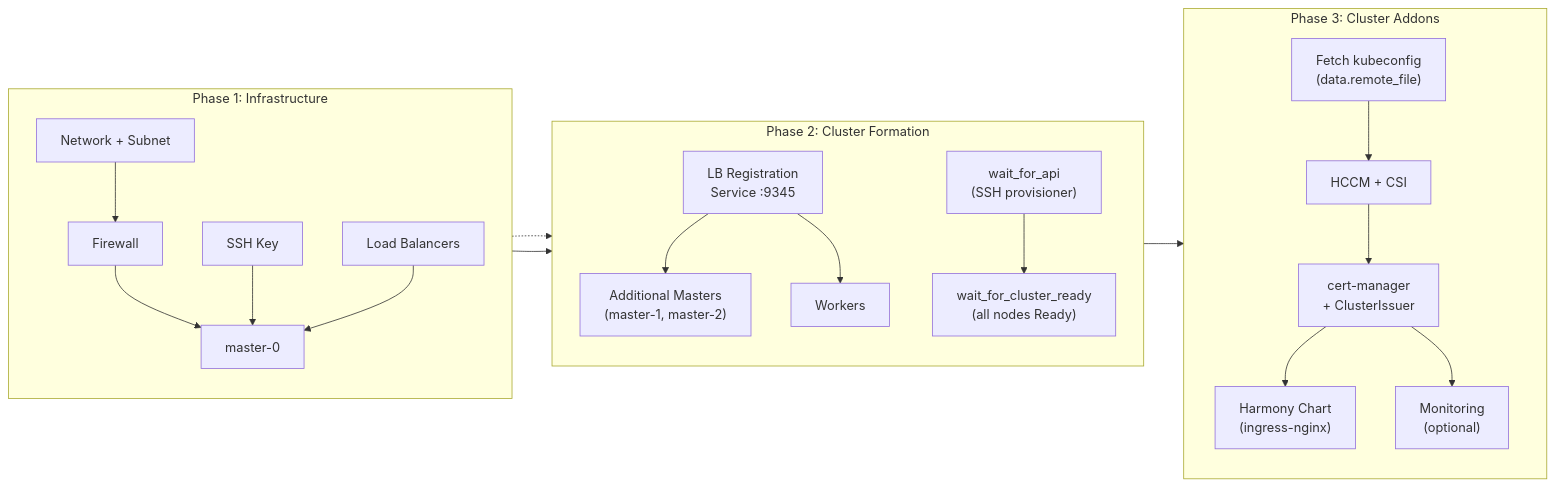
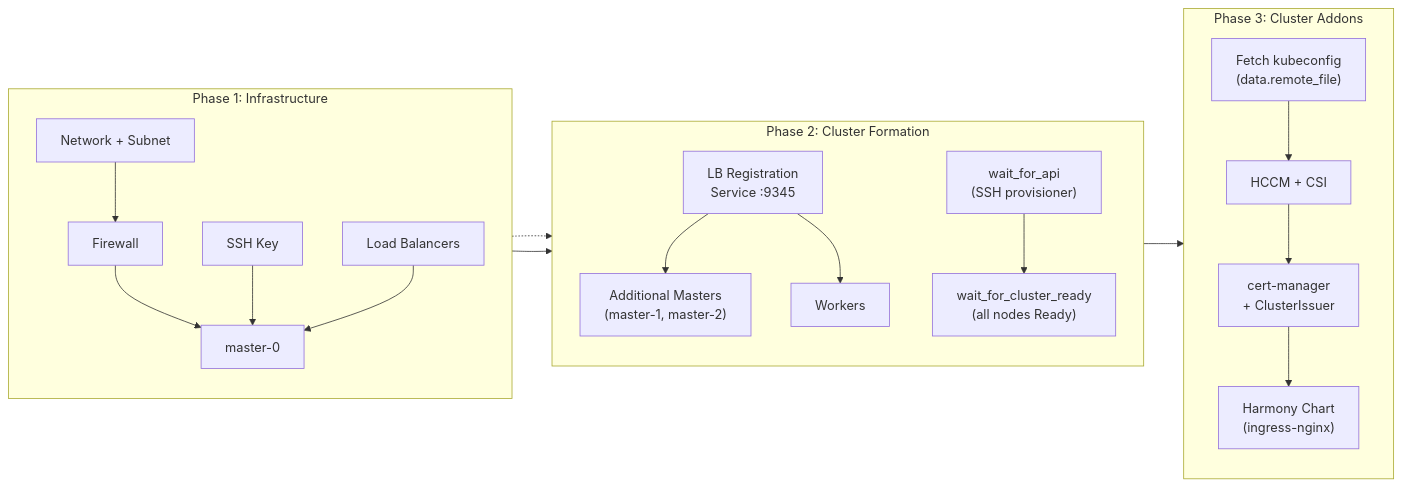
The fourth of 5 diagrams in docs/ARCHITECTURE.md (mbilan1/terraform-hcloud-ubuntu-rke2), drawn with Mermaid before and after one commit. The commit also changed other lines of this file and 21 other files, not shown here.

````diff
--- a/docs/ARCHITECTURE.md
+++ b/docs/ARCHITECTURE.md
@@ -267,39 +249,37 @@
 ```mermaid
 flowchart LR
     subgraph phase1["Phase 1: Infrastructure"]
         direction TB
         net["Network + Subnet"]
         fw["Firewall"]
         ssh["SSH Key"]
         lb["Load Balancers"]
         m0["master-0"]
         net --> fw --> m0
         ssh --> m0
         lb --> m0
     end
 
     subgraph phase2["Phase 2: Cluster Formation"]
         direction TB
         reg["LB Registration\nService :9345"]
         addm["Additional Masters\n(master-1, master-2)"]
         wrk["Workers"]
         api["wait_for_api\n(SSH provisioner)"]
         ready["wait_for_cluster_ready\n(all nodes Ready)"]
         reg --> addm
         reg --> wrk
         m0 -.-> api --> ready
     end
 
     subgraph phase3["Phase 3: Cluster Addons"]
         direction TB
         kubeconfig["Fetch kubeconfig\n(data.remote_file)"]
         hccm2["HCCM + CSI"]
         cm2["cert-manager\n+ ClusterIssuer"]
         harm2["Harmony Chart\n(ingress-nginx)"]
-        mon["Monitoring\n(optional)"]
         kubeconfig --> hccm2 --> cm2 --> harm2
-        cm2 --> mon
     end
 
     phase1 --> phase2 --> phase3
 ```
````
